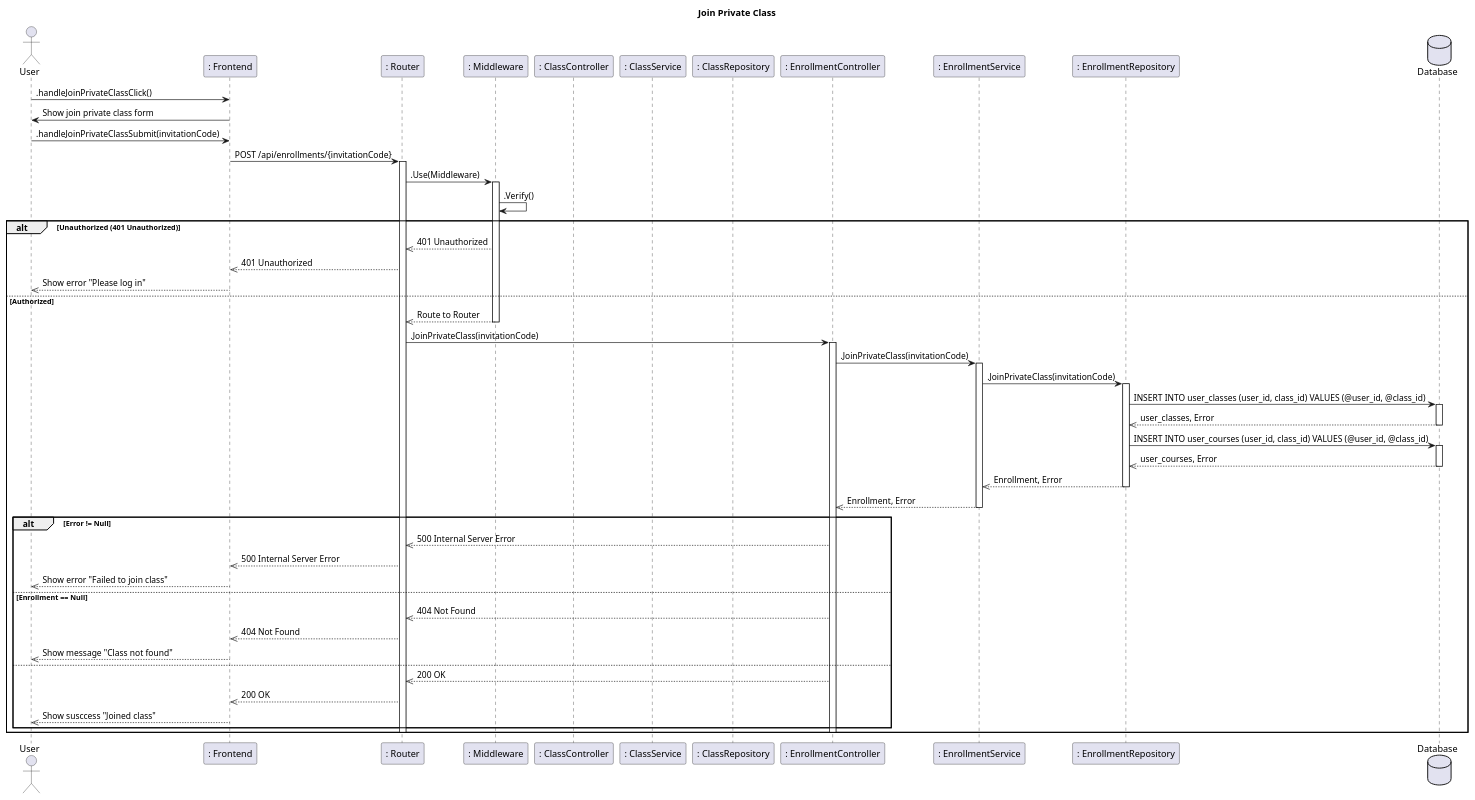
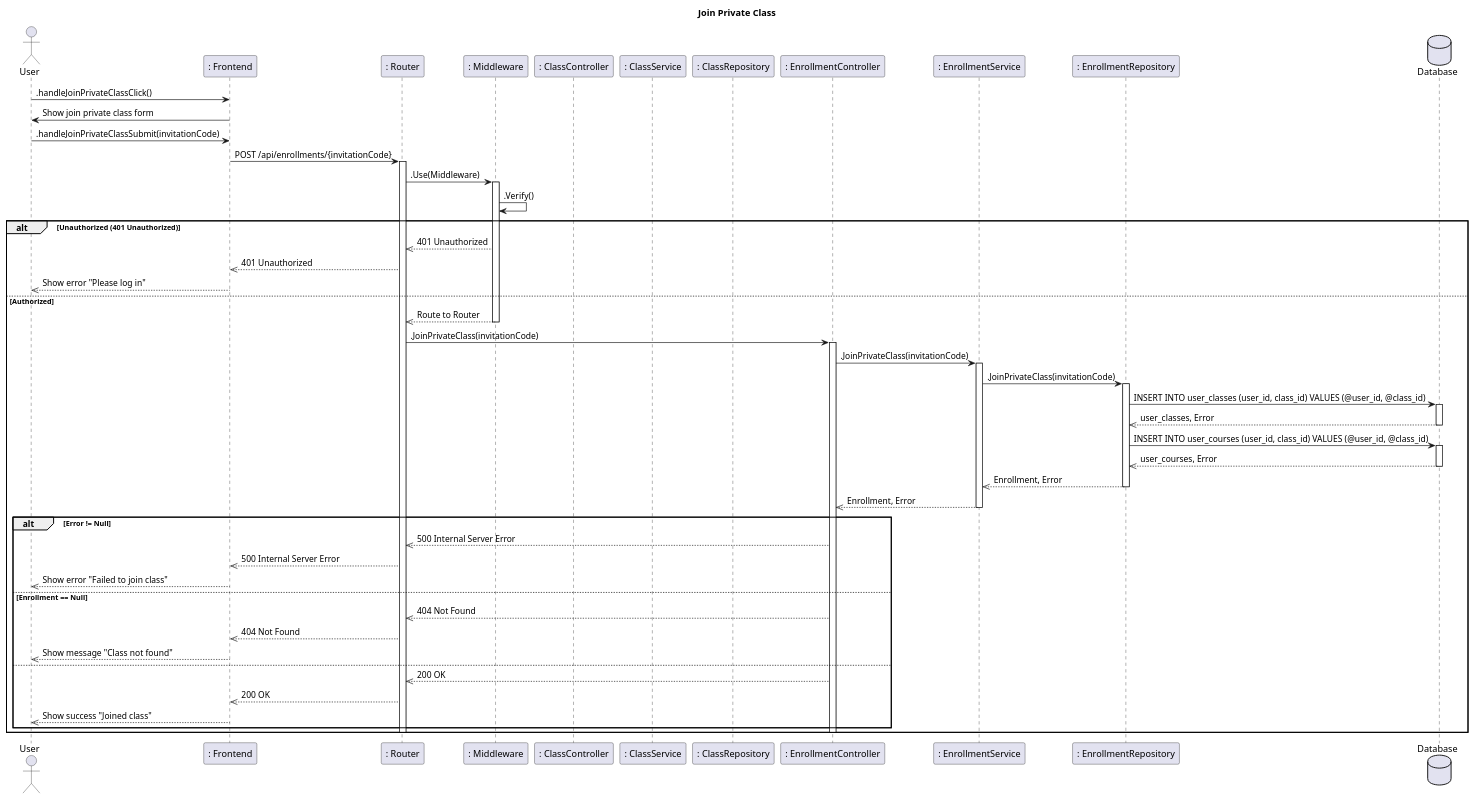
One commit to CS371-Project-Management/CS371-Sequence-Diagram changed the diagram in SD-Join-Private-Class.puml. Above: the diagram before and after it, drawn with PlantUML. The commit also changed 1 other file, not shown here.

Commit message:
fix: correct typo in success message for joining class in sequence diagram

```diff
--- a/SD-Join-Private-Class.puml
+++ b/SD-Join-Private-Class.puml
@@ -1,74 +1,74 @@
 @startuml SequenceDiagram
 title Join Private Class
 actor User
 
 participant ": Frontend" as Frontend
 participant ": Router" as Router
 participant ": Middleware" as Middleware
 
 participant ": ClassController" as ClassController
 participant ": ClassService" as ClassService
 participant ": ClassRepository" as ClassRepository
 
 participant ": EnrollmentController" as EnrollmentController
 participant ": EnrollmentService" as EnrollmentService
 participant ": EnrollmentRepository" as EnrollmentRepository
 
 database Database
 
 User -> Frontend: .handleJoinPrivateClassClick()
 Frontend -> User: Show join private class form
 
 User -> Frontend: .handleJoinPrivateClassSubmit(invitationCode)
 Frontend -> Router: POST /api/enrollments/{invitationCode}
 activate Router
 
 Router -> Middleware: .Use(Middleware)
 activate Middleware
 Middleware -> Middleware : .Verify()
 
 alt Unauthorized (401 Unauthorized)
   Middleware -->> Router: 401 Unauthorized
   Router -->> Frontend: 401 Unauthorized
   Frontend -->> User: Show error "Please log in"
 else Authorized
   Middleware -->> Router: Route to Router
   deactivate Middleware
   Router -> EnrollmentController: .JoinPrivateClass(invitationCode)
   activate EnrollmentController
   EnrollmentController -> EnrollmentService: .JoinPrivateClass(invitationCode)
   activate EnrollmentService
   EnrollmentService -> EnrollmentRepository: .JoinPrivateClass(invitationCode)
   activate EnrollmentRepository
   EnrollmentRepository -> Database: INSERT INTO user_classes (user_id, class_id) VALUES (@user_id, @class_id)
   activate Database
   Database -->> EnrollmentRepository : user_classes, Error
   deactivate Database
   EnrollmentRepository -> Database: INSERT INTO user_courses (user_id, class_id) VALUES (@user_id, @class_id)
   activate Database
   Database -->> EnrollmentRepository : user_courses, Error
   deactivate Database
   EnrollmentRepository -->> EnrollmentService : Enrollment, Error
   deactivate EnrollmentRepository
   EnrollmentService -->> EnrollmentController : Enrollment, Error
   deactivate EnrollmentService
   alt Error != Null
     EnrollmentController -->> Router : 500 Internal Server Error
     Router -->> Frontend : 500 Internal Server Error
     Frontend -->> User : Show error "Failed to join class"
   else Enrollment == Null
     EnrollmentController -->> Router : 404 Not Found
     Router -->> Frontend : 404 Not Found
     Frontend -->> User : Show message "Class not found"
   else
     EnrollmentController -->> Router : 200 OK
     Router -->> Frontend : 200 OK
-    Frontend -->> User : Show susccess "Joined class"
+    Frontend -->> User : Show success "Joined class"
   end
   deactivate EnrollmentController
   deactivate Router
 end
 
 
 
 @enduml
```
